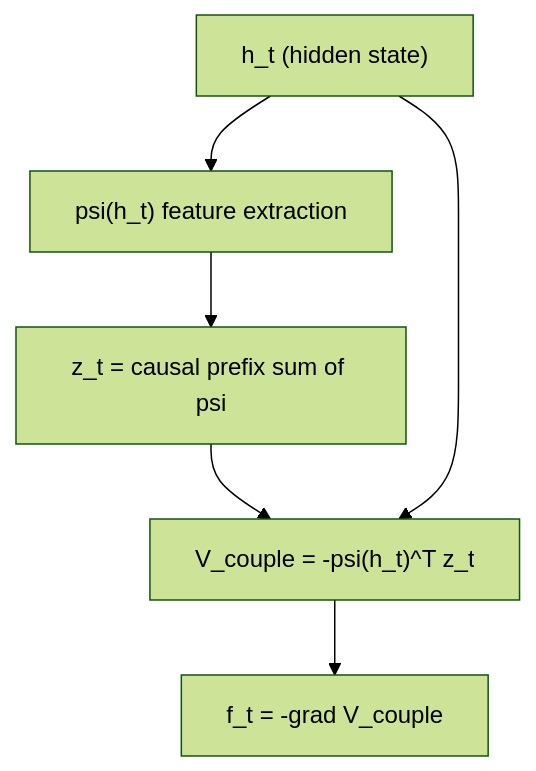
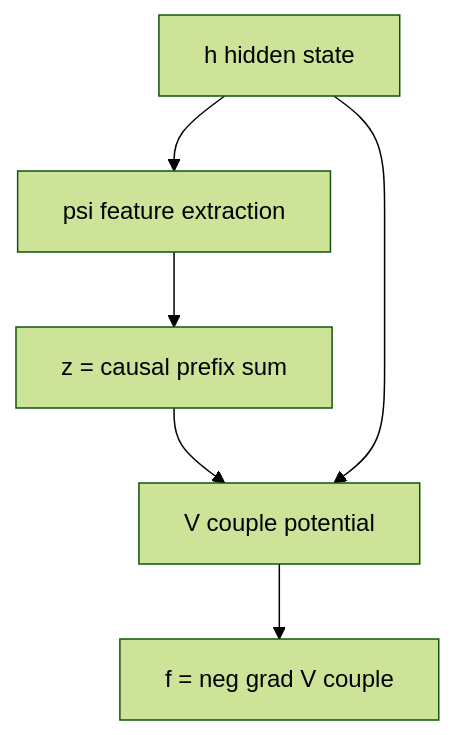
One commit to dimitarpg13/semsimula-paper changed the second of 5 diagrams in companion_notes/Context_Mixing_Mechanisms_in_the_Conservative_Framework.md. Above: the diagram before and after it, drawn with Mermaid (forest theme). The commit also changed other lines of this file, not shown here.

````diff
--- a/companion_notes/Context_Mixing_Mechanisms_in_the_Conservative_Framework.md
+++ b/companion_notes/Context_Mixing_Mechanisms_in_the_Conservative_Framework.md
@@ -525,14 +525,14 @@
 ```mermaid
 flowchart TB
-    PSI["psi(h_t) feature extraction"]
-    AGG["z_t = causal prefix sum of psi"]
-    COUP["V_couple = -psi(h_t)^T z_t"]
-    FRC["f_t = -grad V_couple"]
-    H["h_t (hidden state)"]
+    PSI["psi feature extraction"]
+    AGG["z = causal prefix sum"]
+    COUP["V couple potential"]
+    FRC["f = neg grad V couple"]
+    H["h hidden state"]
 
     H --> PSI
     PSI --> AGG
     AGG --> COUP
     H --> COUP
     COUP --> FRC
 ```
````
